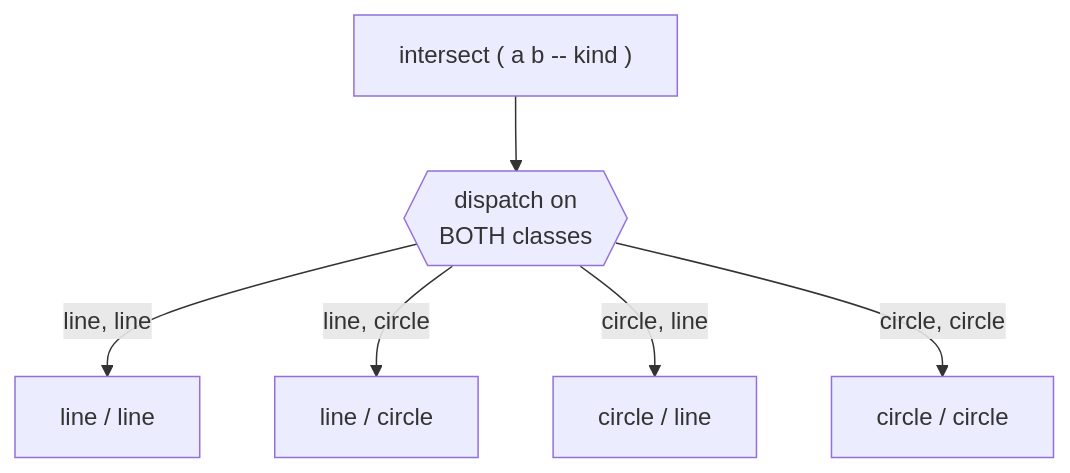
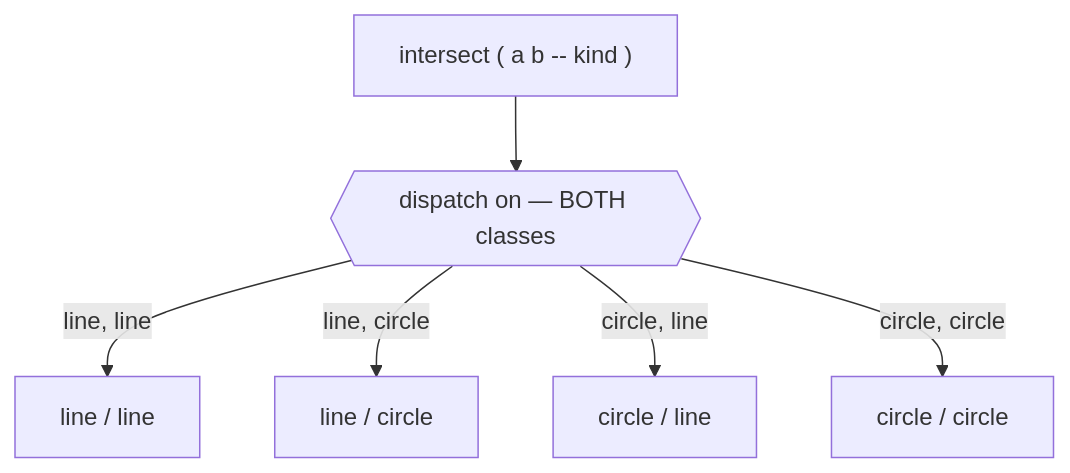
The third of 8 diagrams in release/factorforth/docs/coreprotocols.md (albanread/FactorForth), drawn with Mermaid before and after one commit. The commit also changed other lines of this file, not shown here.

First line of the commit message:
docs: fix literal <br/> in CoreProtocols Mermaid labels

````diff
--- a/release/factorforth/docs/coreprotocols.md
+++ b/release/factorforth/docs/coreprotocols.md
@@ -85,8 +85,8 @@
 ```mermaid
 flowchart TB
-    G["intersect ( a b -- kind )"] --> D{{dispatch on<br/>BOTH classes}}
+    G["intersect ( a b -- kind )"] --> D{{dispatch on — BOTH classes}}
     D -->|line, line| LL["line / line"]
     D -->|line, circle| LC["line / circle"]
     D -->|circle, line| CL["circle / line"]
     D -->|circle, circle| CC["circle / circle"]
 ```
````
